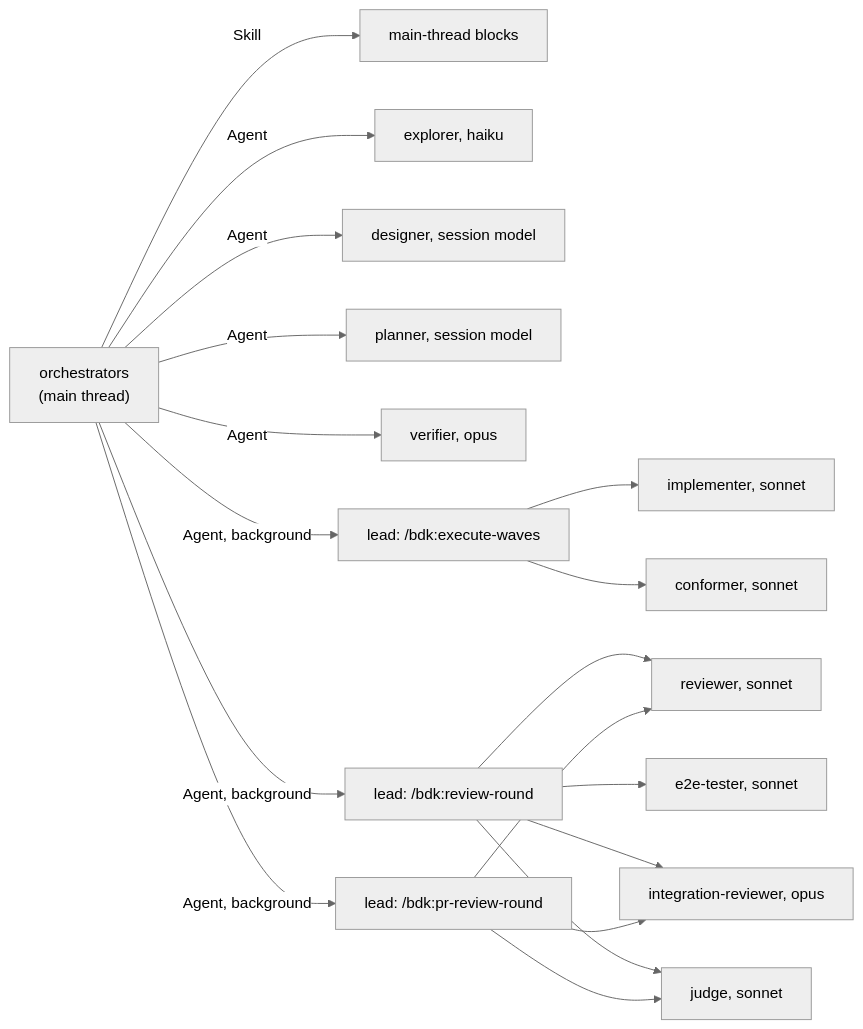
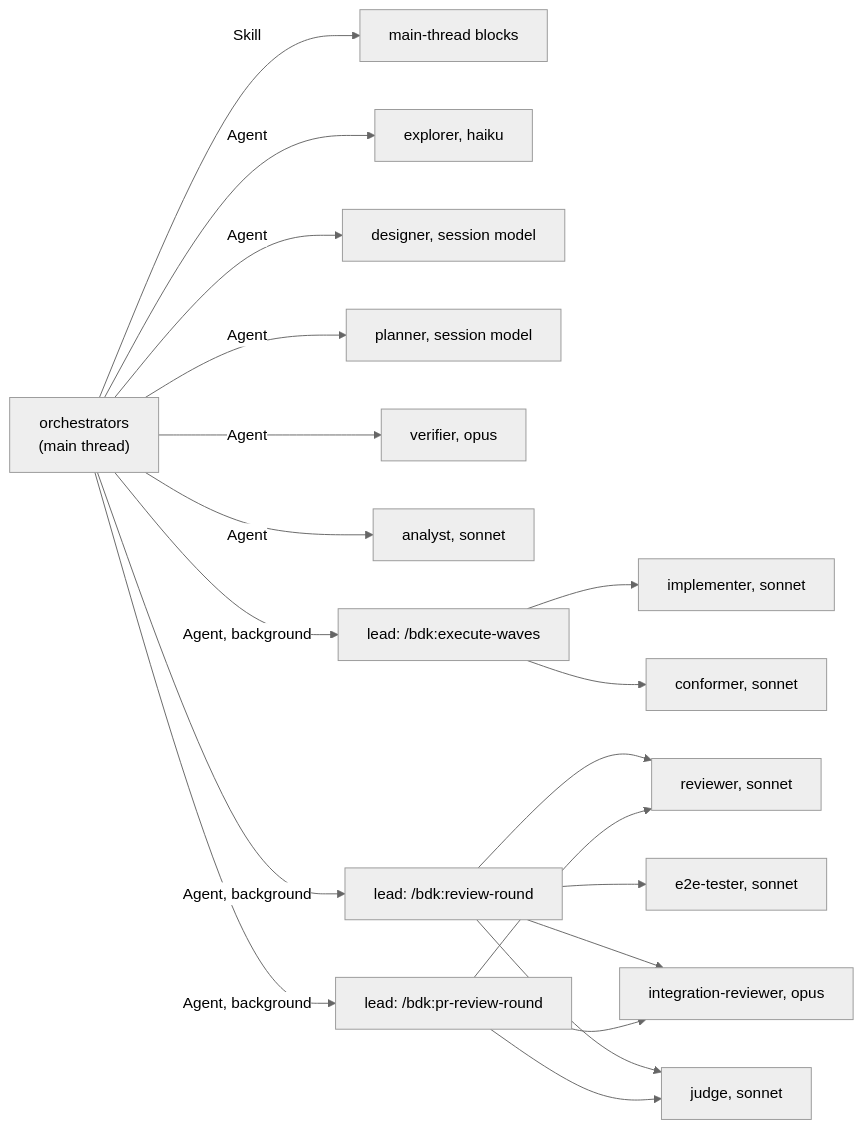
The diagram in docs/concepts/agents.md (broneq/bdk), drawn with Mermaid (neutral theme) before and after one commit. The commit also changed other lines of this file and 117 other files, not shown here.

````diff
--- a/docs/concepts/agents.md
+++ b/docs/concepts/agents.md
@@ -11,21 +11,22 @@
 ```mermaid
 flowchart LR
   O["orchestrators<br/>(main thread)"]
   O -->|"Skill"| MB["main-thread blocks"]
   O -->|"Agent"| EXP["explorer, haiku"]
   O -->|"Agent"| DES["designer, session model"]
   O -->|"Agent"| PLN["planner, session model"]
   O -->|"Agent"| VER["verifier, opus"]
+  O -->|"Agent"| ANA["analyst, sonnet"]
   O -->|"Agent, background"| EW["lead: /bdk:execute-waves"]
   O -->|"Agent, background"| RR["lead: /bdk:review-round"]
   O -->|"Agent, background"| PRR["lead: /bdk:pr-review-round"]
   EW --> IMPL["implementer, sonnet"]
   EW --> CONF["conformer, sonnet"]
   RR --> REV["reviewer, sonnet"]
   RR --> E2E["e2e-tester, sonnet"]
   RR --> INT["integration-reviewer, opus"]
   RR --> JUD["judge, sonnet"]
   PRR --> REV
   PRR --> INT
   PRR --> JUD
 ```
````
